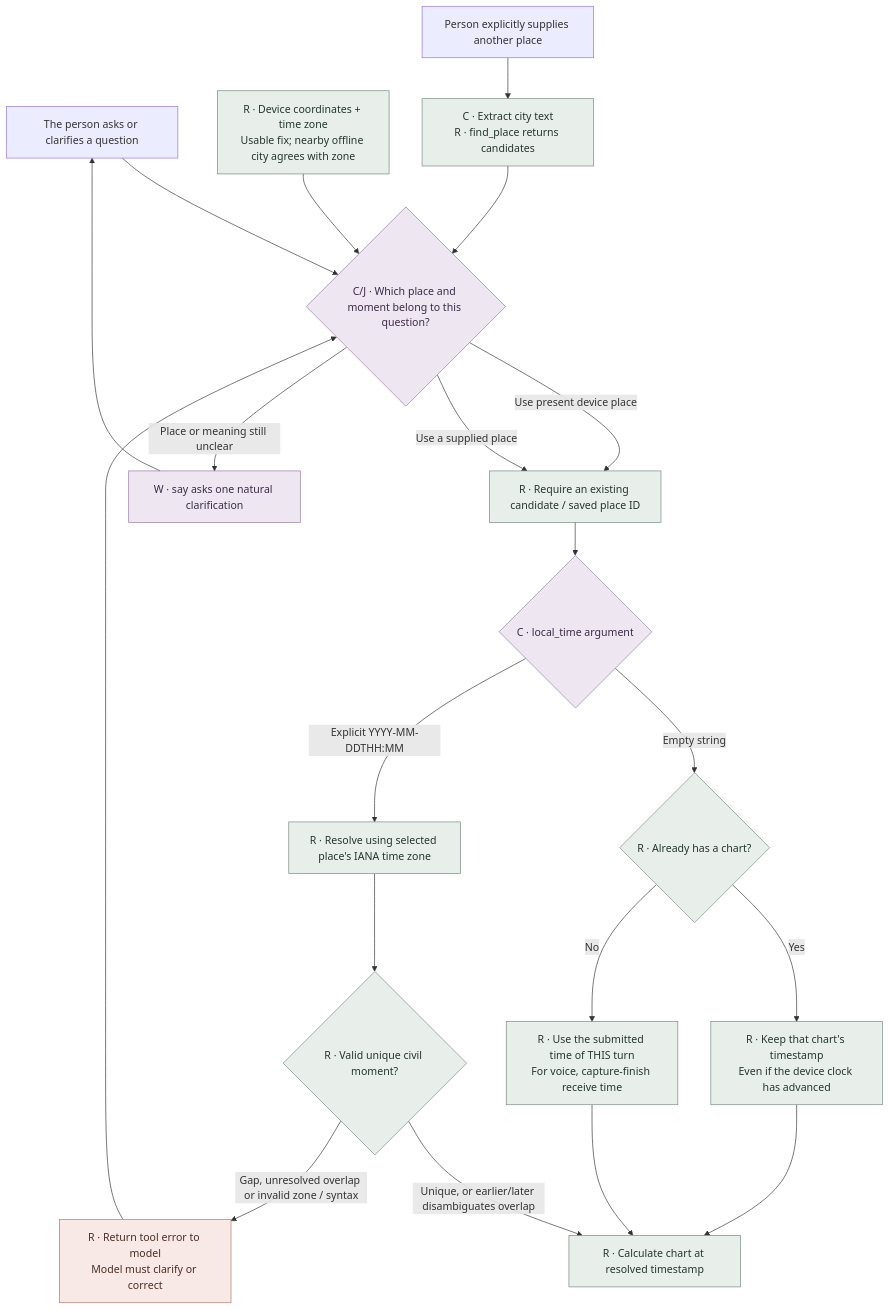
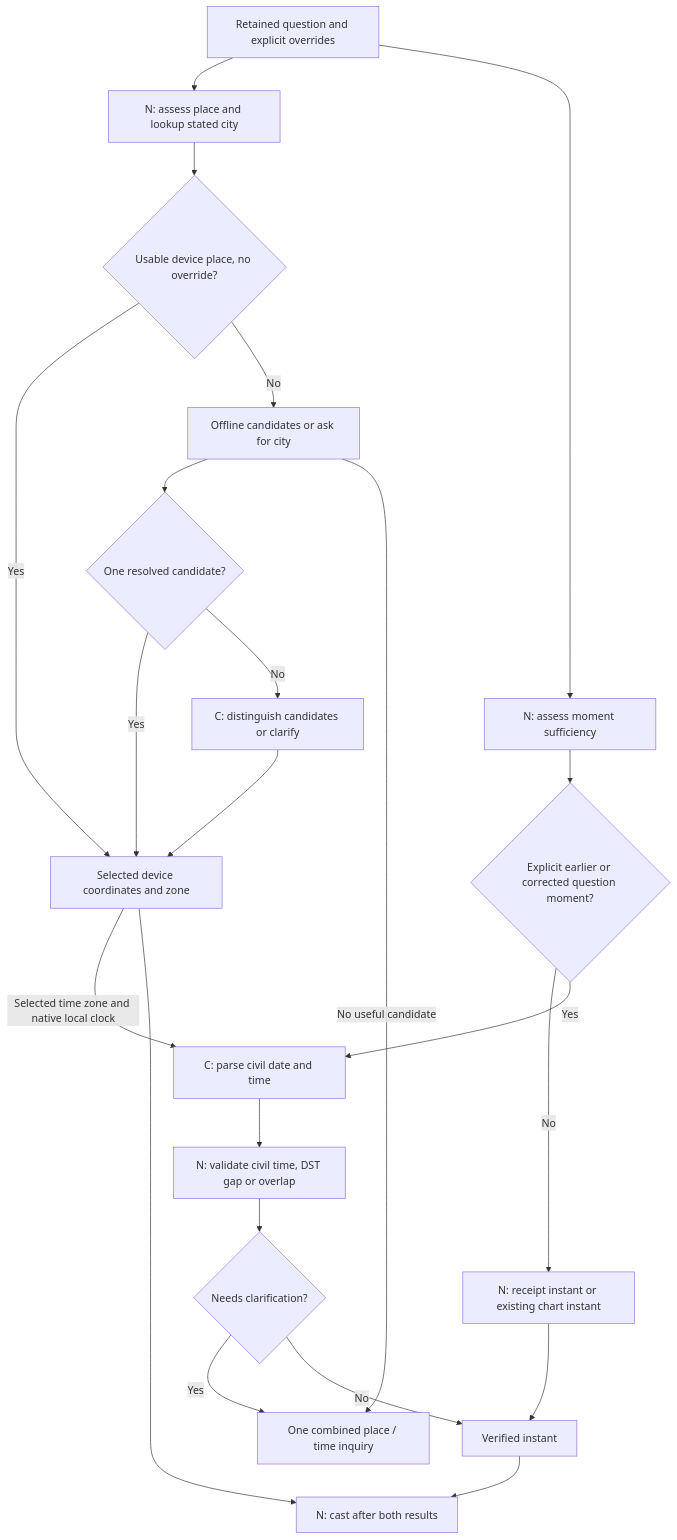
The second of 3 diagrams in docs/LLM_PROCESS.md (delysis/horary-web), drawn with Mermaid before and after one commit. The commit also changed other lines of this file and 52 other files, not shown here.

````diff
--- a/docs/LLM_PROCESS.md
+++ b/docs/LLM_PROCESS.md
@@ -69,28 +70,24 @@
 ```mermaid
-flowchart TD
-  question["The person asks or clarifies a question"] --> model{"C/J · Which place and moment belong to this question?"}
-  device["R · Device coordinates + time zone<br/>Usable fix; nearby offline city agrees with zone"] --> model
-  userplace["Person explicitly supplies another place"] --> geocode["C · Extract city text<br/>R · find_place returns candidates"]
-  geocode --> model
-  model -->|Use present device place| id["R · Require an existing candidate / saved place ID"]
-  model -->|Use a supplied place| id
-  model -->|Place or meaning still unclear| ask["W · say asks one natural clarification"]
-  ask --> question
-  id --> civil{"C · local_time argument"}
-  civil -->|Empty string| same{"R · Already has a chart?"}
-  same -->|Yes| old["R · Keep that chart's timestamp<br/>Even if the device clock has advanced"]
-  same -->|No| now["R · Use the submitted time of THIS turn<br/>For voice, capture-finish receive time"]
-  civil -->|Explicit YYYY-MM-DDTHH:MM| zone["R · Resolve using selected place's IANA time zone"]
-  zone --> dst{"R · Valid unique civil moment?"}
-  dst -->|Unique, or earlier/later disambiguates overlap| instant["R · Calculate chart at resolved timestamp"]
-  dst -->|Gap, unresolved overlap or invalid zone / syntax| error["R · Return tool error to model<br/>Model must clarify or correct"]
-  error --> model
-  old --> instant
-  now --> instant
-  classDef rust fill:#e8efeb,stroke:#73877d,color:#25372c
-  classDef model fill:#eee7f2,stroke:#90789f,color:#3c2b46
-  classDef failure fill:#f8e9e6,stroke:#ac776c,color:#4b2e27
-  class device,geocode,id,same,old,now,zone,dst,instant rust
-  class model,civil,ask model
-  class error failure
+flowchart TB
+  intake["Retained question and explicit overrides"] --> placecheck["N: assess place and lookup stated city"]
+  intake --> timecheck["N: assess moment sufficiency"]
+  placecheck --> device{"Usable device place, no override?"}
+  device -->|Yes| place["Selected device coordinates and zone"]
+  device -->|No| geocode["Offline candidates or ask for city"]
+  geocode --> unique{"One resolved candidate?"}
+  unique -->|Yes| place
+  unique -->|No| choose["C: distinguish candidates or clarify"]
+  choose --> place
+  timecheck --> supplied{"Explicit earlier or corrected question moment?"}
+  supplied -->|No| recorded["N: receipt instant or existing chart instant"]
+  supplied -->|Yes| civil["C: parse civil date and time"]
+  place -->|Selected time zone and native local clock| civil
+  civil --> resolve["N: validate civil time, DST gap or overlap"]
+  resolve --> ambiguous{"Needs clarification?"}
+  ambiguous -->|Yes| ask["One combined place / time inquiry"]
+  geocode -->|No useful candidate| ask
+  ambiguous -->|No| moment["Verified instant"]
+  recorded --> moment
+  place --> cast["N: cast after both results"]
+  moment --> cast
 ```
````
